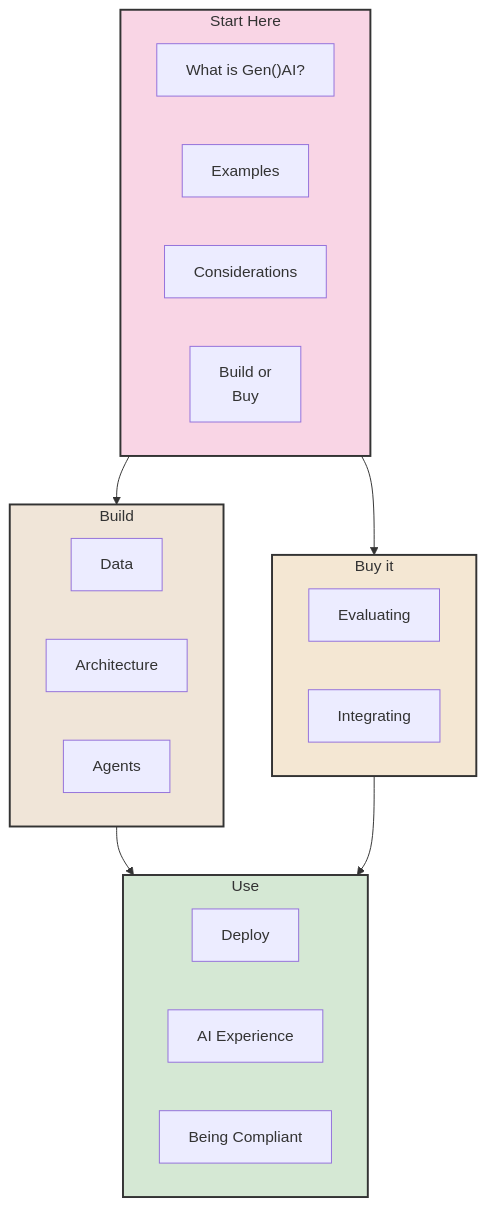
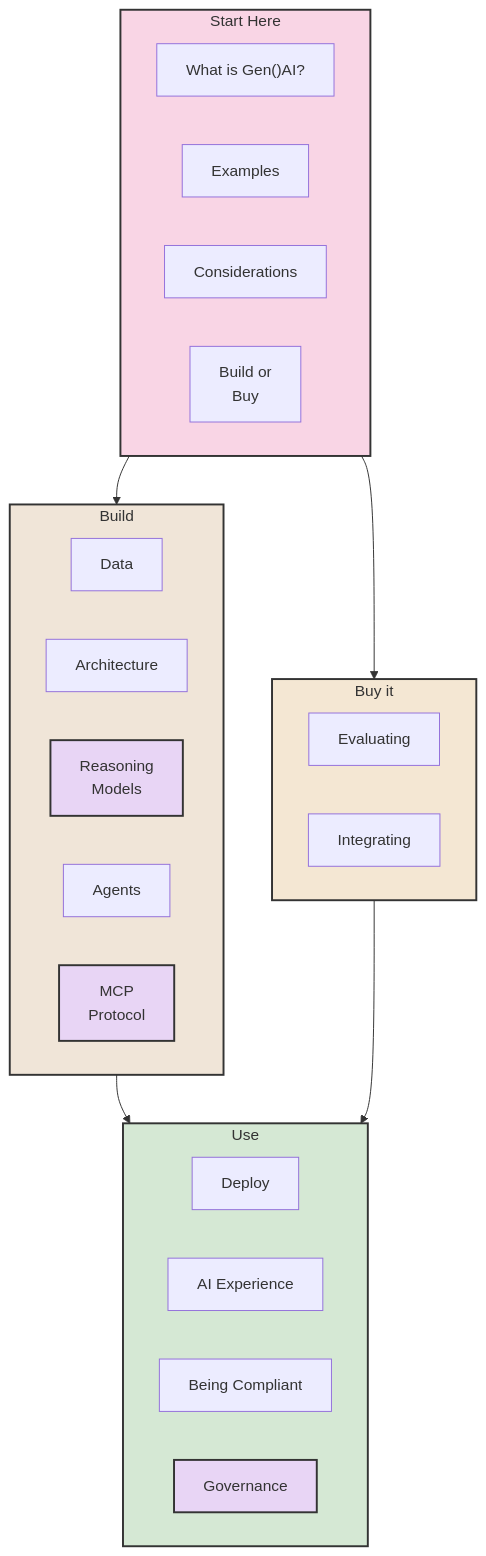
The first of 2 diagrams in docs/Understanding/index.md (ianderrington/genai), drawn with Mermaid before and after one commit. The commit also changed other lines of this file and 36 other files, not shown here.

````diff
--- a/docs/Understanding/index.md
+++ b/docs/Understanding/index.md
@@ -25,55 +25,64 @@
     ```mermaid
     graph TD
         subgraph Understand["Start Here"]
             WG["What is Gen()AI?"]
             Examples["Examples"]
             CH["Considerations"]
             BB["Build or<br>Buy"]
         end
 
         subgraph Build["Build"]
             Data["Data"]
             MA["Architecture"]
-            
+            RM["Reasoning<br>Models"]
             AG["Agents"]
+            MCP["MCP<br>Protocol"]
         end
 
         subgraph Buy["Buy it"]
             SL["Evaluating"]
             VI["Integrating"]
         end
 
         subgraph Use["Use"]
             Deploy["Deploy"]
             AIX["AI Experience"]
             Compliance["Being Compliant"]
+            Gov["Governance"]
         end
 
         Understand --> Build --> Use
         Understand --> Buy --> Use
 
         click WG "./overview/index.html"
         click CH "./overview/gen_ai/considerations.html"
         click BB "../using/strategically/building_or_buying.html"
         click Data "./data/index.html"
         click MA "./architectures/index.html"
+        click RM "./architectures/reasoning-models.html"
         click Deploy "./deploying/index.html"
         click AIX "./building_applications/front_end/index.html"
         click AG "./agents/index.html"
+        click MCP "./agents/mcp-protocol.html"
         click CM "../Using/commercial_markets.html"
         click SL "../Using/solution_licensing.html"
         click VI "../Using/vendor_integration.html"
         click Examples "../Using/examples/index.html"
         click Compliance "../Using/managing/index.html"
+        click Gov "./governance/index.html"
 
         classDef warmColor fill:#f9d5e5,stroke:#333,stroke-width:2px;
         classDef midColor fill:#f0e5d8,stroke:#333,stroke-width:2px;
         classDef buyColor fill:#f4e7d3,stroke:#333,stroke-width:2px;
         classDef coolColor fill:#d5e8d4,stroke:#333,stroke-width:2px;
+        classDef newColor fill:#e8d5f5,stroke:#333,stroke-width:2px;
 
         class Understand warmColor;
         class Build midColor;
         class Buy buyColor;
         class Use coolColor;
+        class RM newColor;
+        class MCP newColor;
+        class Gov newColor;
 
     ```
````
